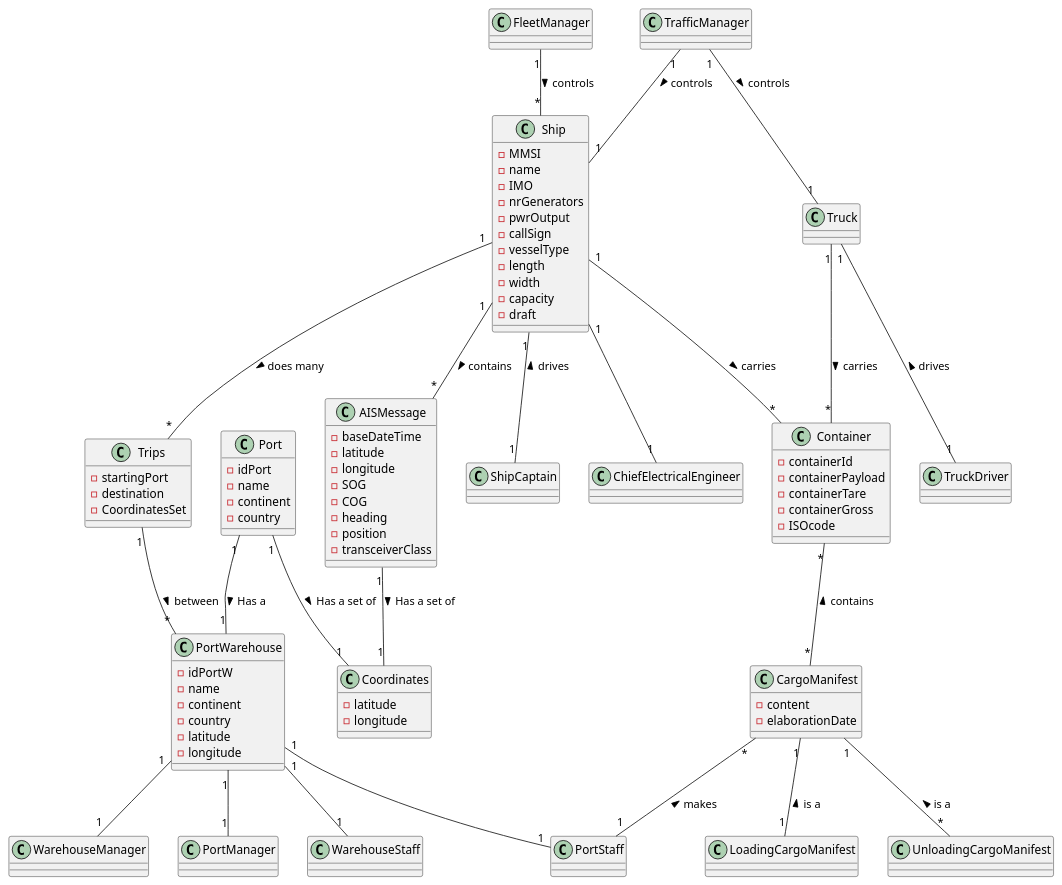
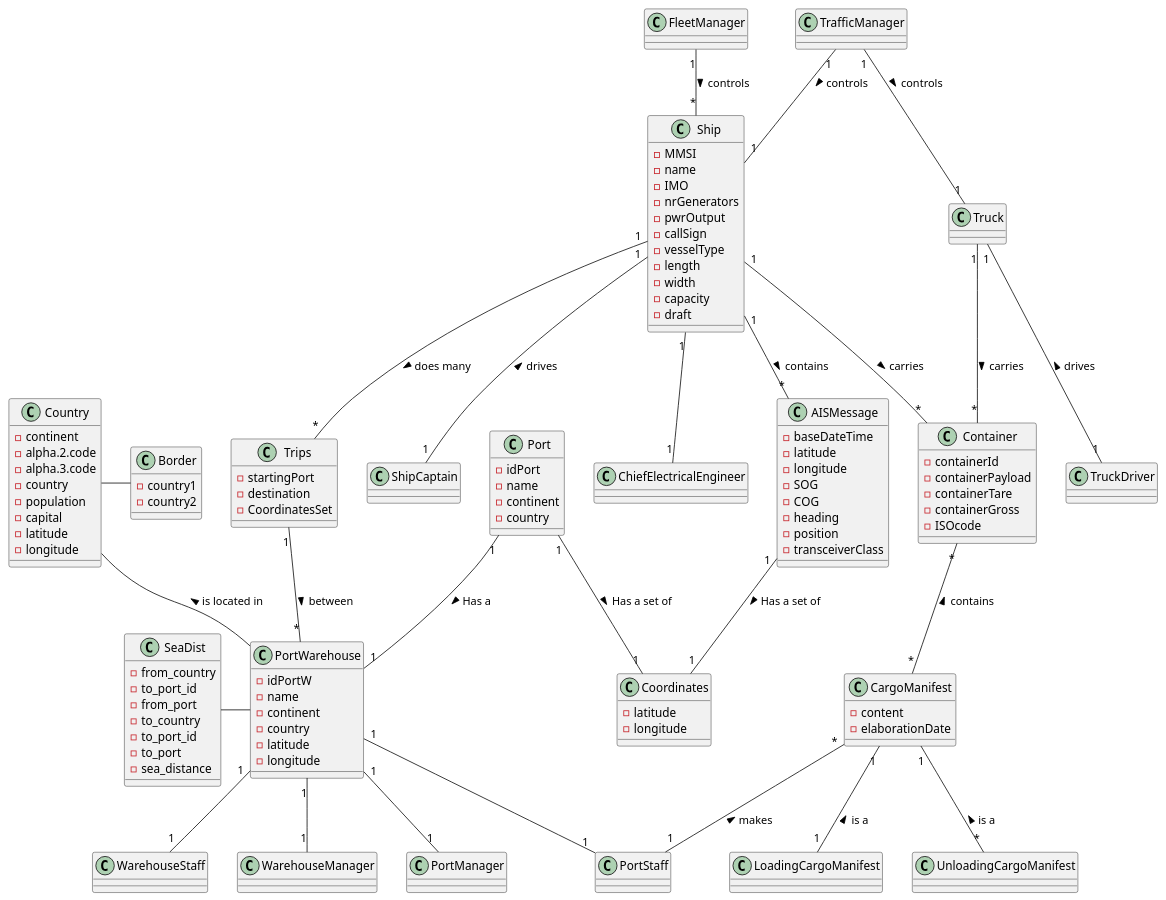
Before and after one commit to mpoboas/lapr3-2021-g102: the diagram in docs/Sprint3/DM.puml, drawn with PlantUML. The commit also changed 5 other files, not shown here.

```diff
--- a/docs/Sprint3/DM.puml
+++ b/docs/Sprint3/DM.puml
@@ -1,130 +1,157 @@
 @startuml
 'https://plantuml.com/class-diagram
 
 class Ship {
 -MMSI
 -name
 -IMO
 -nrGenerators
 -pwrOutput
 -callSign
 -vesselType
 -length
 -width
 -capacity
 -draft
 }
 
 class AISMessage{
 -baseDateTime
 -latitude
 -longitude
 -SOG
 -COG
 -heading
 -position
 -transceiverClass
 }
 
 class Trips{
 -startingPort
 -destination
 -CoordinatesSet
 }
 
 class Truck {
 }
 
 class Container {
 -containerId
 -containerPayload
 -containerTare
 -containerGross
 -ISOcode
 }
 
 class PortWarehouse {
 -idPortW
 -name
 -continent
 -country
 -latitude
 -longitude
 }
 
 class ShipCaptain {
 }
 
 class TrafficManager {
 }
 
 class FleetManager {
 }
 
 class WarehouseStaff {
 }
 
 class WarehouseManager {
 }
 
 class PortManager {
 }
 
 class PortStaff {
 }
 
 class TrafficManager {
 }
 
 class TruckDriver {
 }
 
 class ChiefElectricalEngineer {
 }
 
 class CargoManifest {
 -content
 -elaborationDate
 }
 
 class LoadingCargoManifest {
 }
 
 class UnloadingCargoManifest {
 }
 
 class Coordinates{
 -latitude
 -longitude
 }
 
 class Port {
 -idPort
 -name
 -continent
 -country
 }
+class Country{
+-continent
+-alpha.2.code
+-alpha.3.code
+-country
+-population
+-capital
+-latitude
+-longitude
+}
+class SeaDist{
+-from_country
+-to_port_id
+-from_port
+-to_country
+-to_port_id
+-to_port
+-sea_distance
+}
 
+class Border{
+-country1
+-country2
+}
+
+Country - Border
+Country -- PortWarehouse: is located in <
+SeaDist - PortWarehouse
 Port "1" -- "1" Coordinates : Has a set of >
 Port "1" -- "1" PortWarehouse : Has a >
 FleetManager "1" -- "*" Ship : controls >
 TrafficManager "1" -- "1" Ship : controls >
 TrafficManager "1" -- "1" Truck : controls >
 Ship "1" -- "*" Container : carries >
 Ship "1" -- "*" AISMessage : contains >
 AISMessage "1" -- "1" Coordinates : Has a set of >
 Ship "1" -- "1" ShipCaptain : drives <
 Ship "1" -- "1" ChiefElectricalEngineer
 Trips "1" -- "*" PortWarehouse : between >
 Ship "1" -- "*" Trips : does many >
 Container "*" -- "*" CargoManifest : contains <
 Truck "1" -- "*" Container : carries >
 Truck "1" -- "1" TruckDriver : drives <
 PortWarehouse "1" -- "1" WarehouseManager
 PortWarehouse "1" -- "1" WarehouseStaff
 PortWarehouse "1" -- "1" PortManager
 PortWarehouse "1" -- "1" PortStaff
 LoadingCargoManifest "1" -u- "1" CargoManifest : is a >
 CargoManifest "*" -- "1" PortStaff : makes <
 UnloadingCargoManifest "*" -u- "1" CargoManifest : is a >
 @enduml
```
